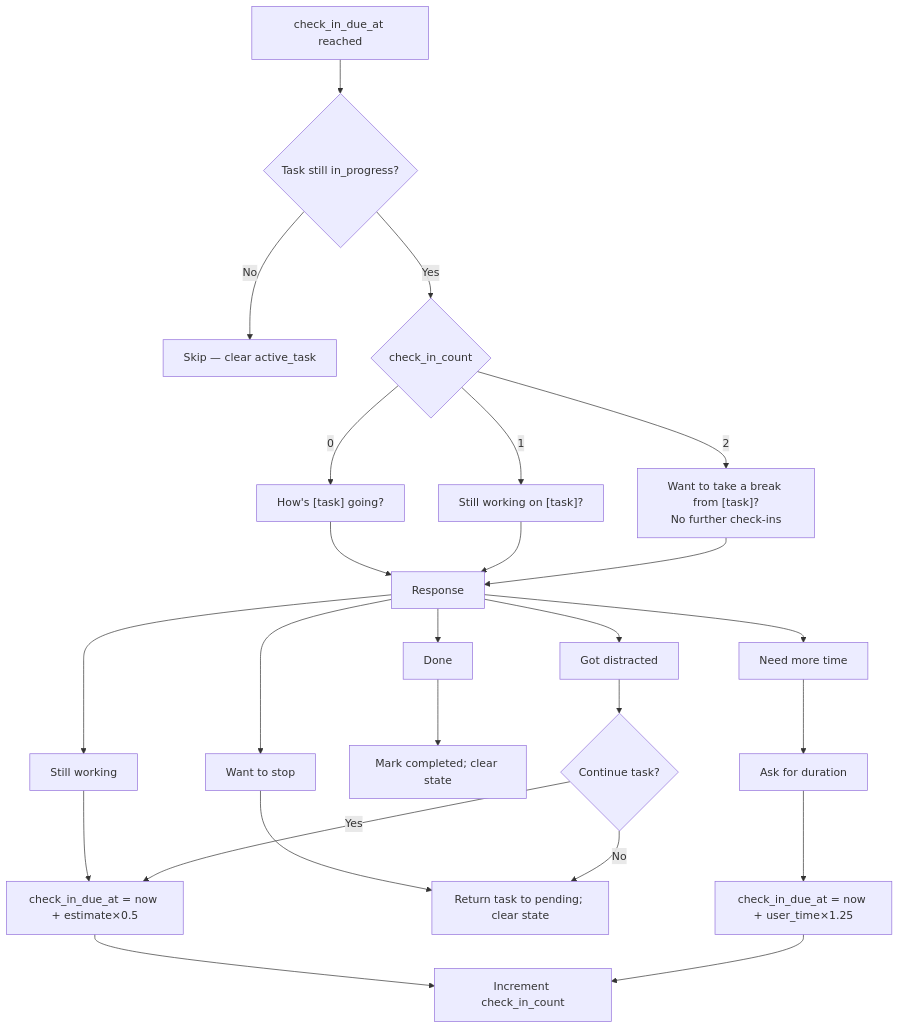
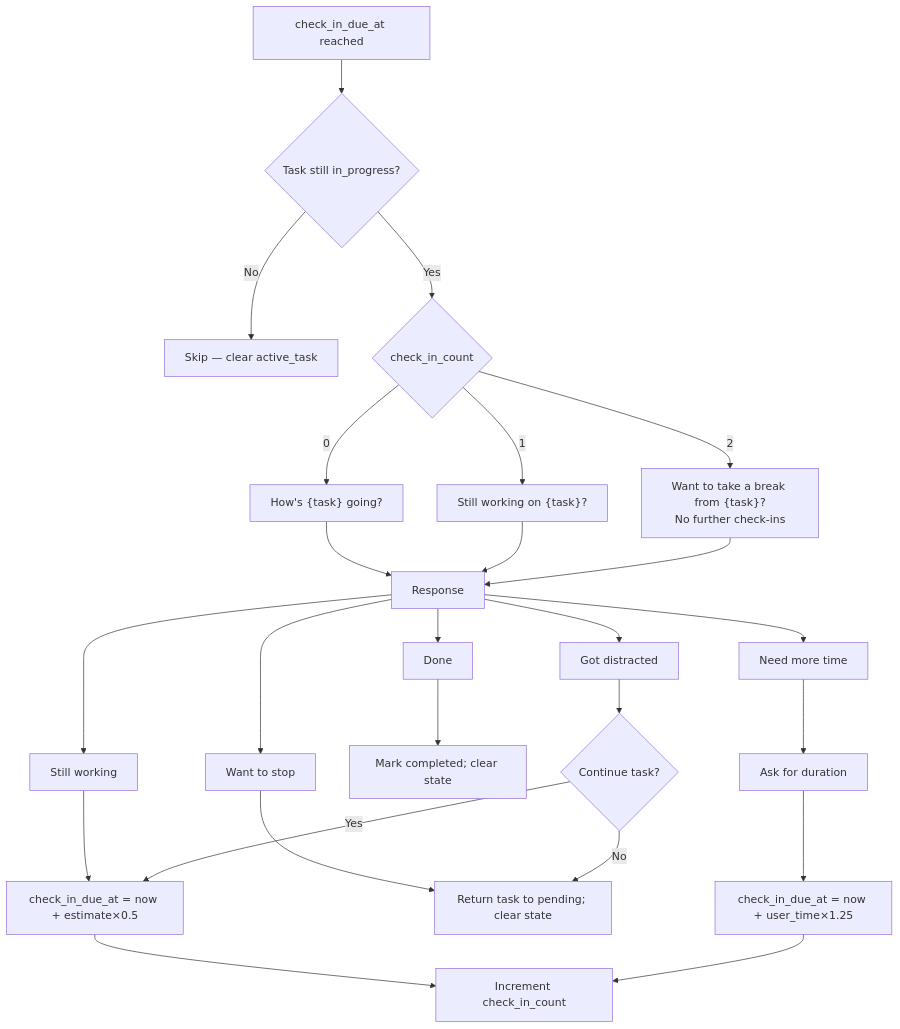
Diagram 21 of 28 in docs/user-interactions.md (NickBorgersProbably/hide-my-list), drawn with Mermaid before and after one commit. The commit also changed other lines of this file and 26 other files, not shown here.

````diff
--- a/docs/user-interactions.md
+++ b/docs/user-interactions.md
@@ -677,34 +677,34 @@
 ```mermaid
 flowchart TD
     Due["check_in_due_at reached"] --> StillActive{Task still in_progress?}
 
     StillActive -->|No| Skip[Skip — clear active_task]
     StillActive -->|Yes| Count{check_in_count}
 
-    Count -->|0| Friendly["How's [task] going?"]
-    Count -->|1| Brief["Still working on [task]?"]
-    Count -->|2| Gentle["Want to take a break from [task]?<br/>No further check-ins"]
+    Count -->|0| Friendly["How's {task} going?"]
+    Count -->|1| Brief["Still working on {task}?"]
+    Count -->|2| Gentle["Want to take a break from {task}?<br/>No further check-ins"]
 
     Friendly --> Response
     Brief --> Response
     Gentle --> Response
 
     Response --> Done["Done"]
     Response --> Working["Still working"]
     Response --> Distracted["Got distracted"]
     Response --> MoreTime["Need more time"]
     Response --> Stop2["Want to stop"]
 
     Done --> Complete[Mark completed; clear state]
     Working --> ResetHalf[check_in_due_at = now + estimate×0.5]
     Distracted --> Continue{Continue task?}
     MoreTime --> AskDuration["Ask for duration"]
     Stop2 --> ReturnQueue[Return task to pending; clear state]
 
     Continue -->|Yes| ResetHalf
     Continue -->|No| ReturnQueue
 
     AskDuration --> Custom["check_in_due_at = now + user_time×1.25"]
     ResetHalf --> Increment[Increment check_in_count]
     Custom --> Increment
 ```
````
